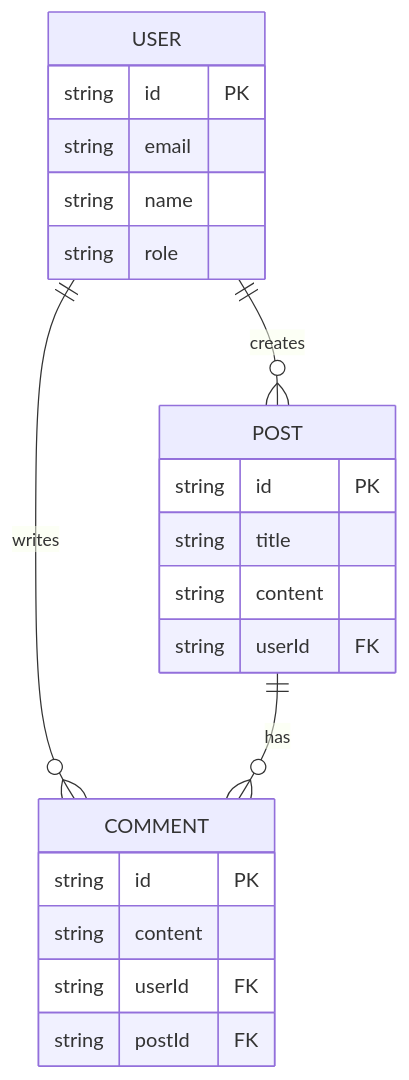
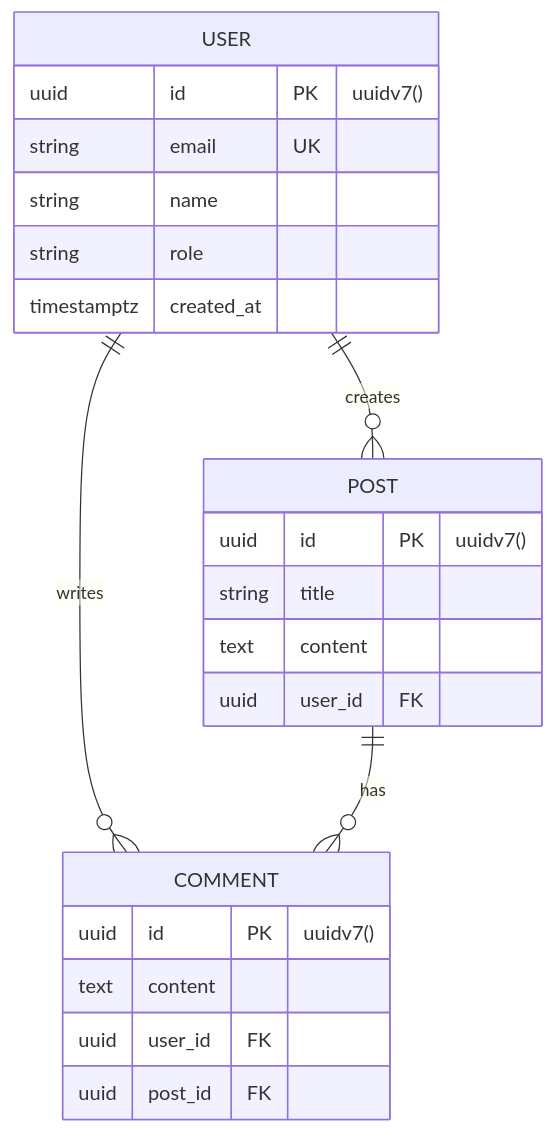
One commit to servika/claude-code-setup changed the first of 3 diagrams in .claude/rules/documentation.md. Above: the diagram before and after it, drawn with Mermaid. The commit also changed other lines of this file and 109 other files, not shown here.

````diff
--- a/.claude/rules/documentation.md
+++ b/.claude/rules/documentation.md
@@ -477,24 +658,25 @@
 ```mermaid
 erDiagram
     USER ||--o{ POST : creates
     USER ||--o{ COMMENT : writes
     POST ||--o{ COMMENT : has
     USER {
-        string id PK
-        string email
+        uuid id PK "uuidv7()"
+        string email UK
         string name
         string role
+        timestamptz created_at
     }
     POST {
-        string id PK
+        uuid id PK "uuidv7()"
         string title
-        string content
-        string userId FK
+        text content
+        uuid user_id FK
     }
     COMMENT {
-        string id PK
-        string content
-        string userId FK
-        string postId FK
+        uuid id PK "uuidv7()"
+        text content
+        uuid user_id FK
+        uuid post_id FK
     }
 ```
````
